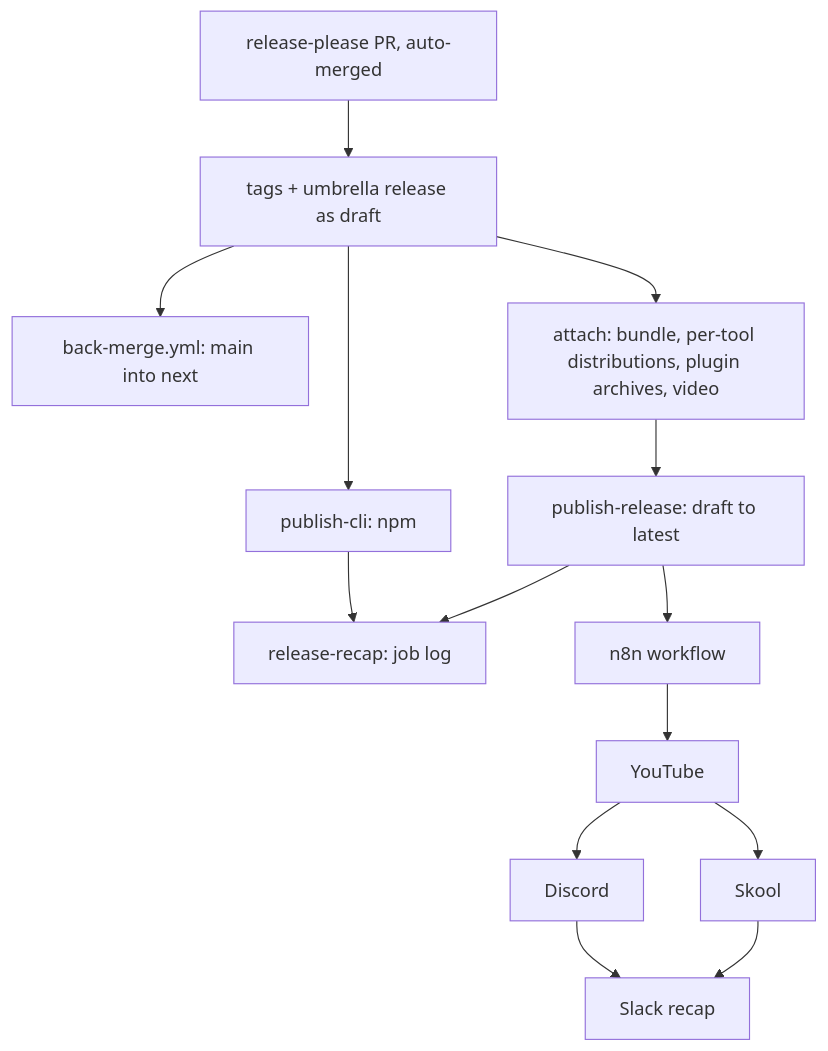
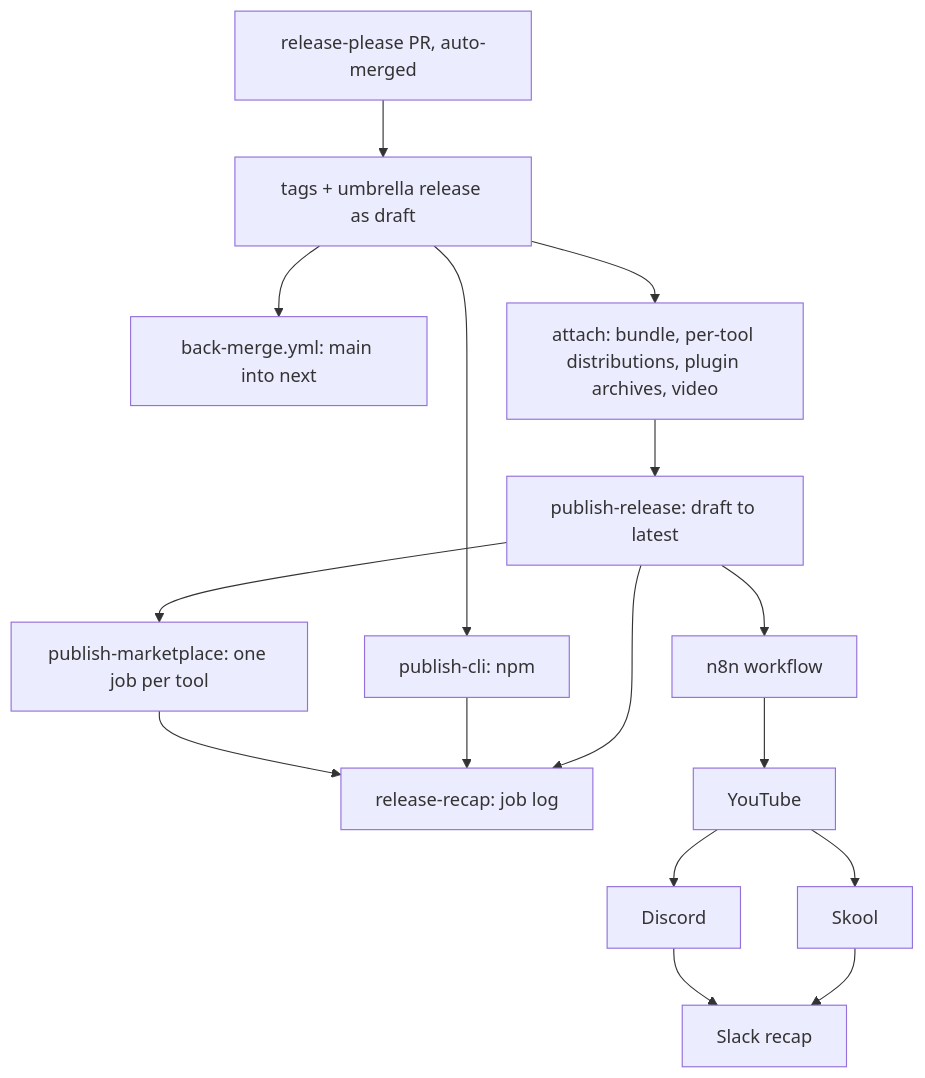
The diagram in aidd_docs/memory/deployment.md (ai-driven-dev/framework), drawn with Mermaid before and after one commit. The commit also changed other lines of this file and 10 other files, not shown here.

First line of the commit message:
feat: publish versioned tool marketplaces with releases

````diff
--- a/aidd_docs/memory/deployment.md
+++ b/aidd_docs/memory/deployment.md
@@ -39,16 +40,18 @@
 ```mermaid
 flowchart TD
     RP["release-please PR, auto-merged"] --> Tags["tags + umbrella release as draft"]
     Tags --> Back["back-merge.yml: main into next"]
     Tags --> Jobs["attach: bundle, per-tool distributions, plugin archives, video"]
     Tags --> Cli["publish-cli: npm"]
     Jobs --> Pub["publish-release: draft to latest"]
+    Pub --> Markets["publish-marketplace: one job per tool"]
+    Markets --> Recap
     Cli --> Recap
     Pub --> Recap["release-recap: job log"]
     Pub --> N8N["n8n workflow"]
     N8N --> YT["YouTube"]
     YT --> DC["Discord"]
     YT --> SK["Skool"]
     DC --> Slack["Slack recap"]
     SK --> Slack
 ```
````
